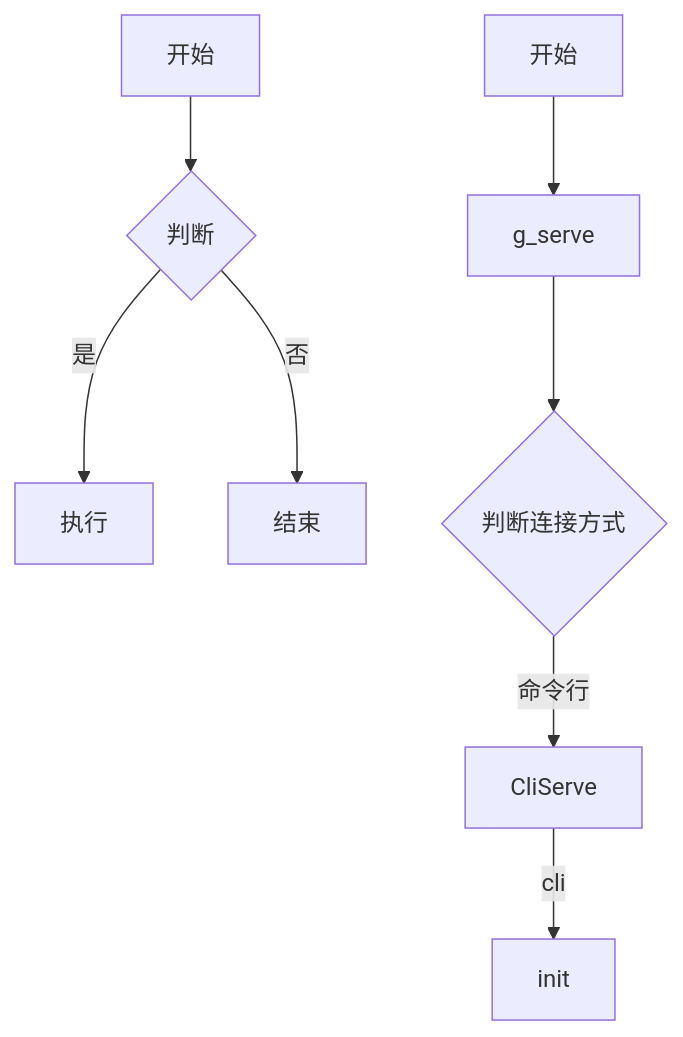
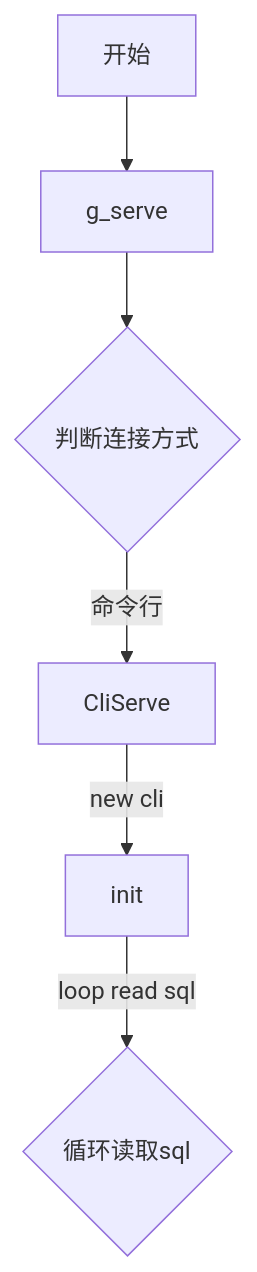
One commit to jyoushitou/Blog-Article changed the diagram in article/2026_09_26.md. Above: the diagram before and after it, drawn with Mermaid.

Commit message:
20260926v03

````diff
--- a/article/2026_09_26.md
+++ b/article/2026_09_26.md
@@ -208,11 +208,9 @@
 ```mermaid
 graph TD
-  A[开始] --> B{判断}
-  B -->|是| C[执行]
-  B -->|否| D[结束]
   main[开始] --> g_serve
   g_serve --> serve{判断连接方式}
   serve -->|命令行| cli[CliServe]
-  cli --> |cli| init
-  
+  cli --> |new cli| init
+  init --> |loop read sql| sql{循环读取sql}
+  sql 
 ```
````
